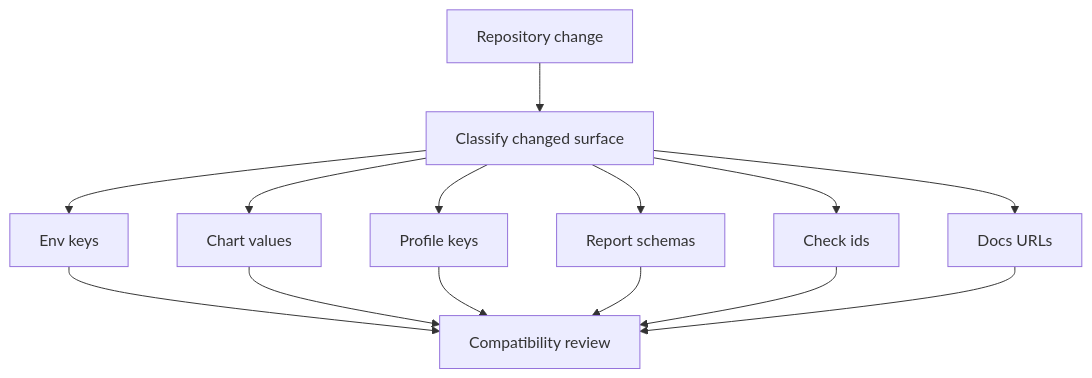
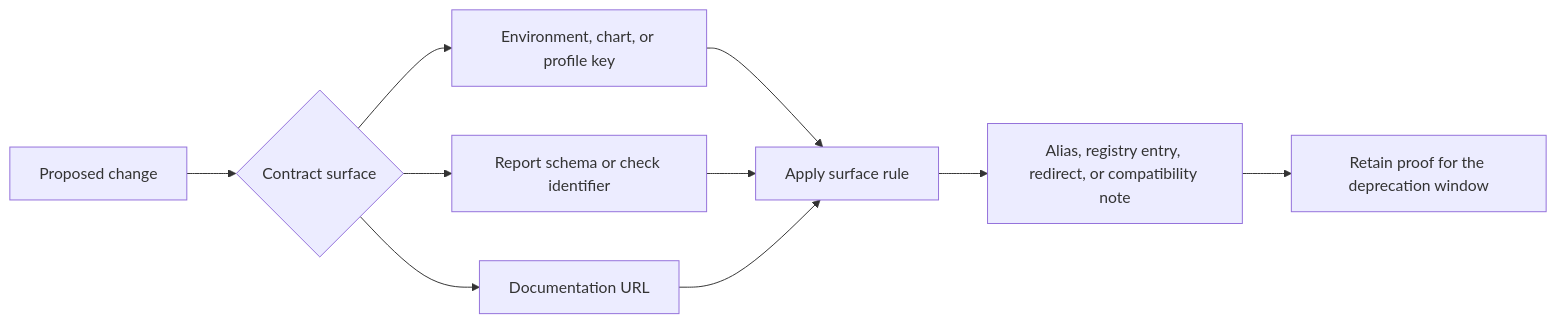
One commit to bijux/bijux-atlas changed the diagram in docs/bijux-atlas-dev/delivery/compatibility-matrix.md. Above: the diagram before and after it, drawn with Mermaid. The commit also changed other lines of this file and 2 other files, not shown here.

Commit message:
docs(delivery): distinguish merge policy from workflow evidence

````diff
--- a/docs/bijux-atlas-dev/delivery/compatibility-matrix.md
+++ b/docs/bijux-atlas-dev/delivery/compatibility-matrix.md
@@ -17,17 +17,12 @@
 ```mermaid
-flowchart TD
-    Change[Repository change] --> Surface[Classify changed surface]
-    Surface --> Env[Env keys]
-    Surface --> Chart[Chart values]
-    Surface --> Profile[Profile keys]
-    Surface --> Reports[Report schemas]
-    Surface --> Checks[Check ids]
-    Surface --> Docs[Docs URLs]
-
-    Env --> Review[Compatibility review]
-    Chart --> Review
-    Profile --> Review
-    Reports --> Review
-    Checks --> Review
-    Docs --> Review
+flowchart LR
+    Change[Proposed change] --> Classify{Contract surface}
+    Classify --> Runtime[Environment, chart, or profile key]
+    Classify --> Evidence[Report schema or check identifier]
+    Classify --> Reader[Documentation URL]
+    Runtime --> Rule[Apply surface rule]
+    Evidence --> Rule
+    Reader --> Rule
+    Rule --> Proof[Alias, registry entry, redirect, or compatibility note]
+    Proof --> Window[Retain proof for the deprecation window]
 ```
````
